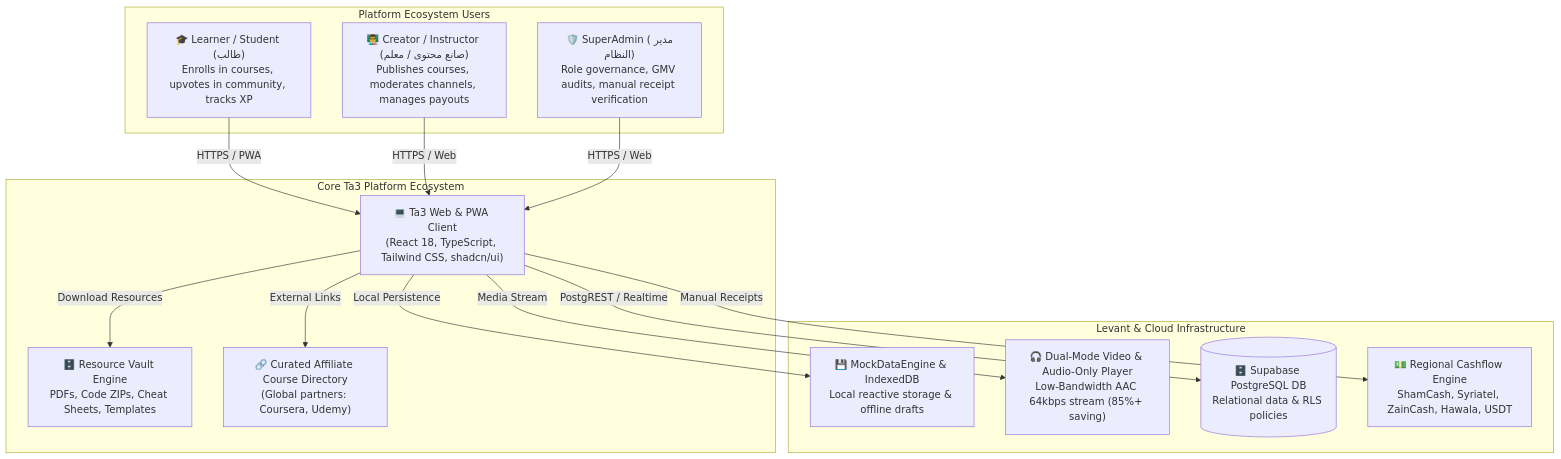
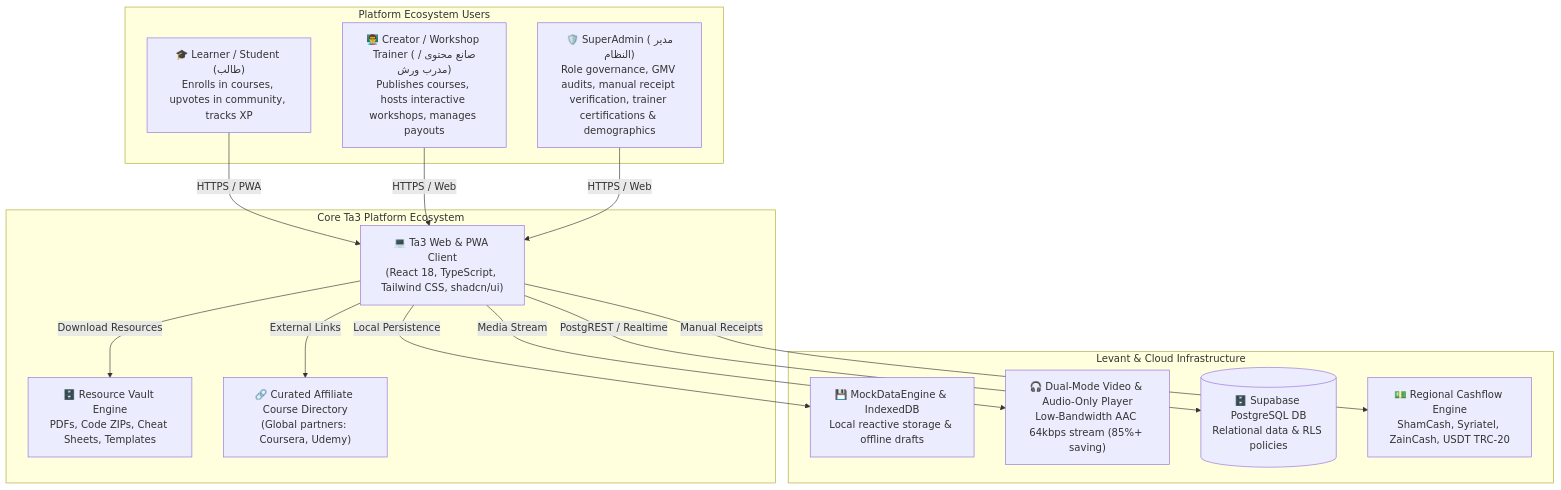
Before and after one commit to ta3allam/ta3: the first of 8 diagrams in arch.md, drawn with Mermaid. The commit also changed other lines of this file and 1 other file, not shown here.

Commit message:
docs(arch): update arch.md and erd.md with new domain models and boundaries

````diff
--- a/arch.md
+++ b/arch.md
@@ -15,32 +15,32 @@
 ```mermaid
 graph TD
     subgraph Users [" Platform Ecosystem Users "]
         Learner["🎓 Learner / Student (طالب)<br/>Enrolls in courses, upvotes in community, tracks XP"]
-        Creator["👨‍🏫 Creator / Instructor (صانع محتوى / معلم)<br/>Publishes courses, moderates channels, manages payouts"]
-        Admin["🛡️ SuperAdmin (مدير النظام)<br/>Role governance, GMV audits, manual receipt verification"]
+        Creator["👨‍🏫 Creator / Workshop Trainer (صانع محتوى / مدرب ورش)<br/>Publishes courses, hosts interactive workshops, manages payouts"]
+        Admin["🛡️ SuperAdmin (مدير النظام)<br/>Role governance, GMV audits, manual receipt verification, trainer certifications & demographics"]
     end
 
     subgraph Platform [" Core Ta3 Platform Ecosystem "]
         Ta3App["💻 Ta3 Web & PWA Client<br/>(React 18, TypeScript, Tailwind CSS, shadcn/ui)"]
         VaultHub["🗄️ Resource Vault Engine<br/>PDFs, Code ZIPs, Cheat Sheets, Templates"]
         AffiliateHub["🔗 Curated Affiliate Course Directory<br/>(Global partners: Coursera, Udemy)"]
     end
 
     subgraph Infrastructure [" Levant & Cloud Infrastructure "]
         MockEngine["💾 MockDataEngine & IndexedDB<br/>Local reactive storage & offline drafts"]
         AudioVideoSvc["🎧 Dual-Mode Video & Audio-Only Player<br/>Low-Bandwidth AAC 64kbps stream (85%+ saving)"]
         SupabaseDB[("🗄️ Supabase PostgreSQL DB<br/>Relational data & RLS policies")]
-        LevantGateways["💵 Regional Cashflow Engine<br/>ShamCash, Syriatel, ZainCash, Hawala, USDT"]
+        LevantGateways["💵 Regional Cashflow Engine<br/>ShamCash, Syriatel, ZainCash, USDT TRC-20"]
     end
 
     Learner -->|HTTPS / PWA| Ta3App
     Creator -->|HTTPS / Web| Ta3App
     Admin -->|HTTPS / Web| Ta3App
 
     Ta3App -->|Local Persistence| MockEngine
     Ta3App -->|Media Stream| AudioVideoSvc
     Ta3App -->|PostgREST / Realtime| SupabaseDB
     Ta3App -->|Download Resources| VaultHub
     Ta3App -->|External Links| AffiliateHub
     Ta3App -->|Manual Receipts| LevantGateways
 ```
````
